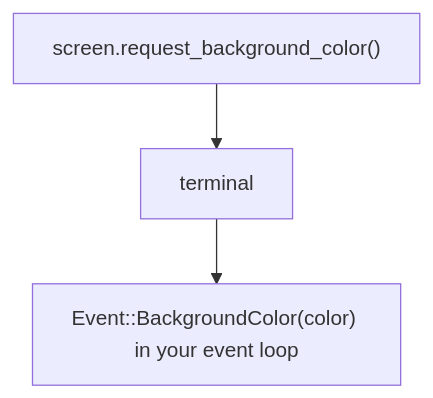
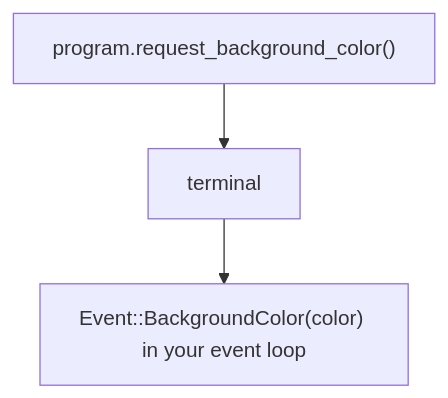
The diagram in website/content/docs/guides/querying-the-terminal.md (aymanbagabas/uncurses), drawn with Mermaid before and after one commit. The commit also changed other lines of this file and 28 other files, not shown here.

First line of the commit message:
docs: document the Screen/Program split

````diff
--- a/website/content/docs/guides/querying-the-terminal.md
+++ b/website/content/docs/guides/querying-the-terminal.md
@@ -16,6 +16,6 @@
 ```mermaid
 flowchart TB
-  req["screen.request_background_color()"]
+  req["program.request_background_color()"]
   req --> term["terminal"]
   term --> ev["Event::BackgroundColor(color) in your event loop"]
 ```
````
